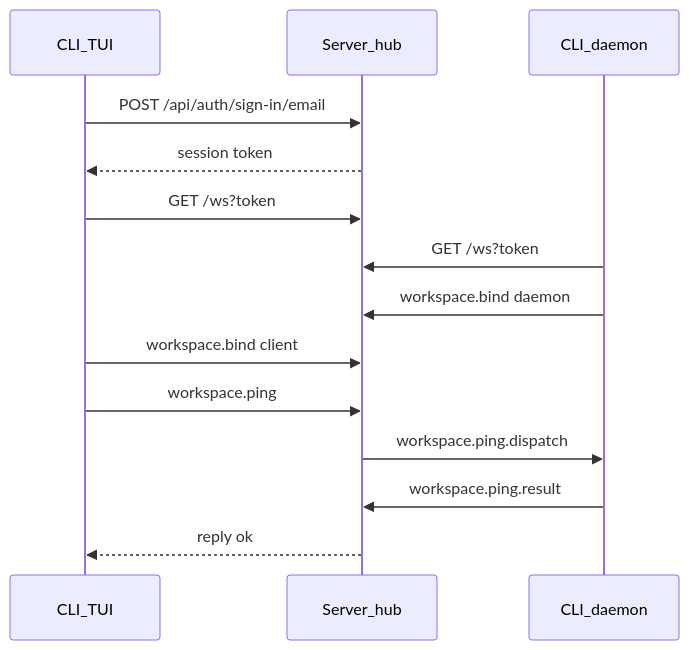
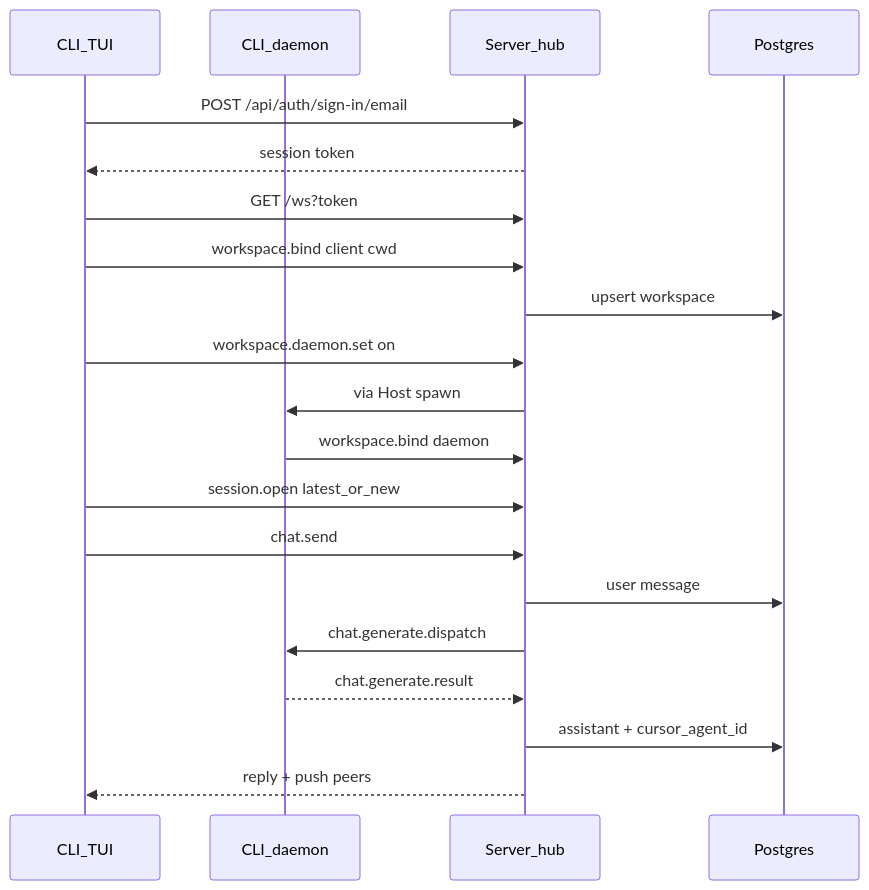
One commit to luizarnoldch/chavez-harness changed the second of 2 diagrams in docs/architecture.md. Above: the diagram before and after it, drawn with Mermaid. The commit also changed other lines of this file and 156 other files, not shown here.

First line of the commit message:
Add latent Host and on-demand workspace daemons synced via API/WS.

````diff
--- a/docs/architecture.md
+++ b/docs/architecture.md
@@ -31,17 +74,23 @@
 ```mermaid
 sequenceDiagram
   participant TUI as CLI_TUI
+  participant Daemon as CLI_daemon
   participant API as Server_hub
-  participant Daemon as CLI_daemon
+  participant DB as Postgres
 
   TUI->>API: POST /api/auth/sign-in/email
   API-->>TUI: session token
   TUI->>API: GET /ws?token
-  Daemon->>API: GET /ws?token
+  TUI->>API: workspace.bind client cwd
+  API->>DB: upsert workspace
+  TUI->>API: workspace.daemon.set on
+  API->>Daemon: via Host spawn
   Daemon->>API: workspace.bind daemon
-  TUI->>API: workspace.bind client
-  TUI->>API: workspace.ping
-  API->>Daemon: workspace.ping.dispatch
-  Daemon->>API: workspace.ping.result
-  API-->>TUI: reply ok
+  TUI->>API: session.open latest_or_new
+  TUI->>API: chat.send
+  API->>DB: user message
+  API->>Daemon: chat.generate.dispatch
+  Daemon-->>API: chat.generate.result
+  API->>DB: assistant + cursor_agent_id
+  API-->>TUI: reply + push peers
 ```
````
